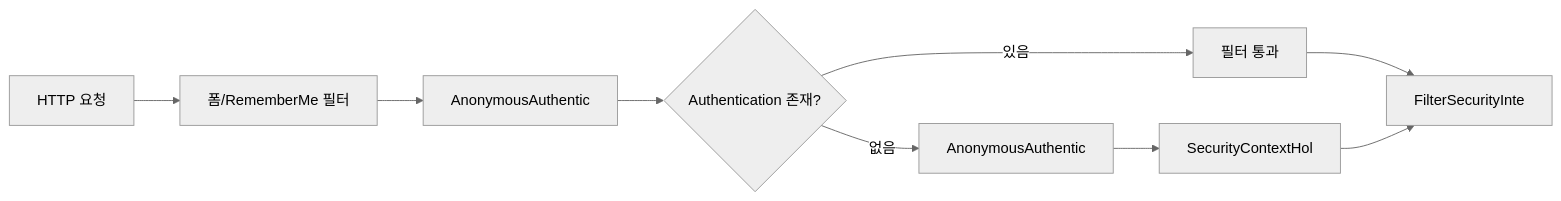
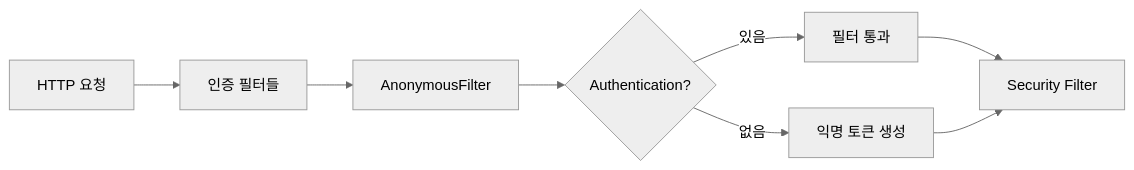
The first of 2 diagrams in _posts/security/2021-01-24-AnonymousAuthenticationFilter.md (yjkim2015/yjkim2015.github.io), drawn with Mermaid (neutral theme) before and after one commit. The commit also changed other lines of this file and 245 other files, not shown here.

First line of the commit message:
Mermaid 다이어그램 전면 수정 + 면접 포인트 접기/펼치기 + DB 데드락 페이지

````diff
--- a/_posts/security/2021-01-24-AnonymousAuthenticationFilter.md
+++ b/_posts/security/2021-01-24-AnonymousAuthenticationFilter.md
@@ -22,8 +22,10 @@
 ```mermaid
 flowchart LR
-    A["HTTP 요청"] --> B["폼/RememberMe 필터"] --> D["AnonymousAuthentic"]
-    D --> E{"Authentication 존재?"}
-    E -->|있음| F["필터 통과"]
-    E -->|없음| G["AnonymousAuthentic"] --> H["SecurityContextHol"]
-    F & H --> J["FilterSecurityInte"]
+    A["HTTP 요청"] --> B["인증 필터들"]
+    B --> D["AnonymousFilter"]
+    D --> E{"Authentication?"}
+    E -->|"있음"| F["필터 통과"]
+    E -->|"없음"| G["익명 토큰 생성"]
+    F --> J["Security Filter"]
+    G --> J
 ```
````
